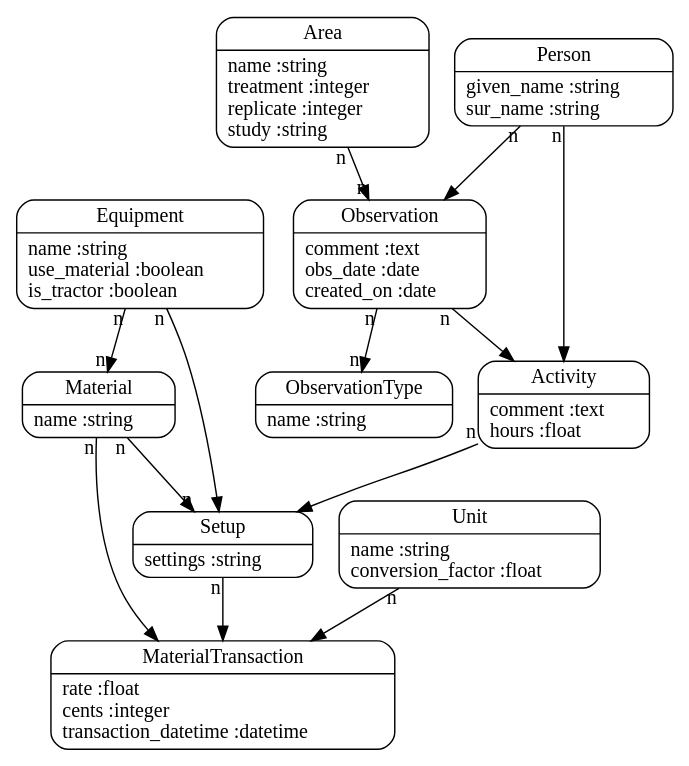
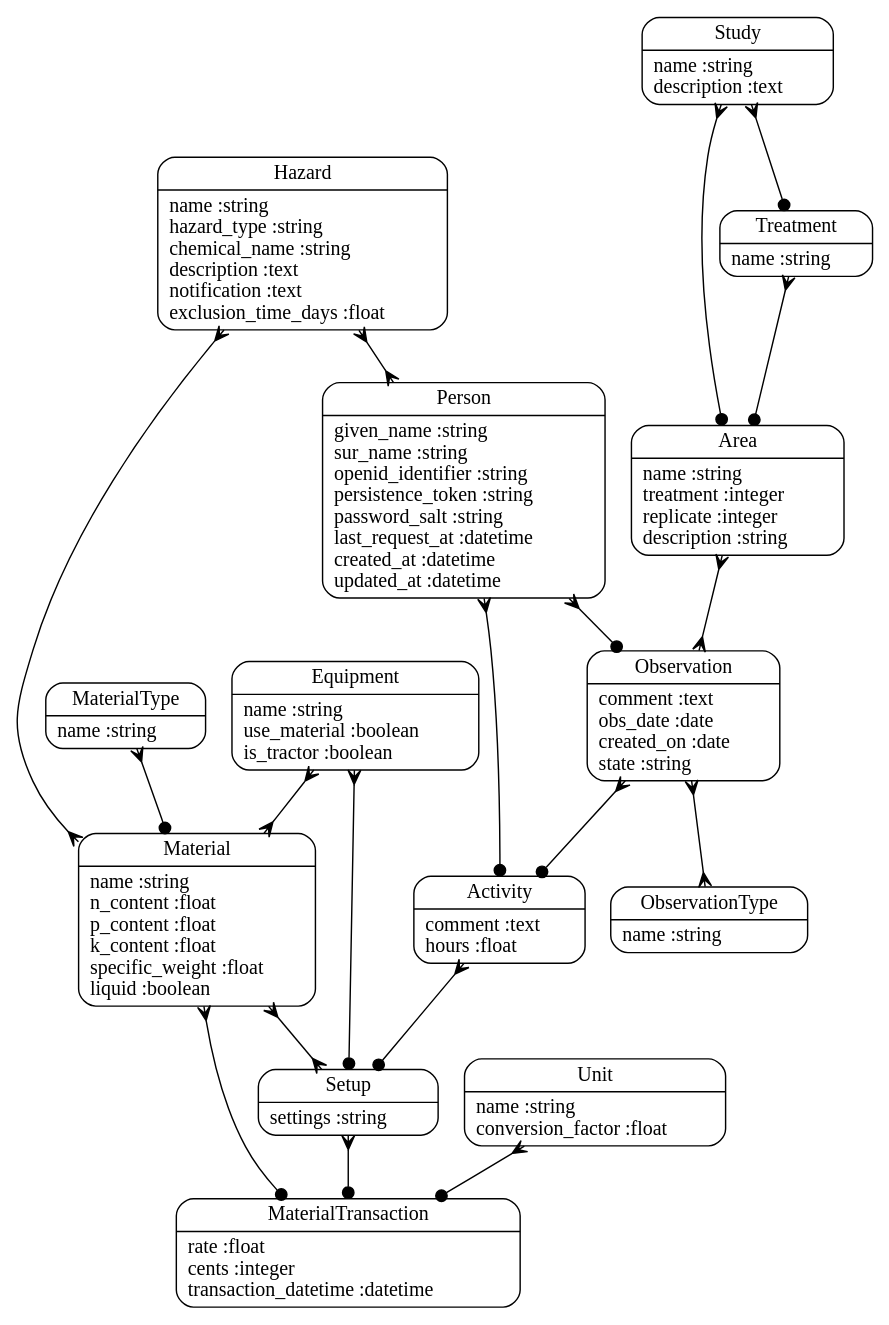
One commit to kf8a/aglog changed the diagram in doc/model.dot. Above: the diagram before and after it, drawn with Graphviz. The commit also changed 33 other files, not shown here.

```diff
--- a/doc/model.dot
+++ b/doc/model.dot
@@ -1,25 +1,35 @@
 digraph models_diagram {
 	graph[overlap=false, splines=true]
 	"Activity" [shape=Mrecord, label="{Activity|comment :text\lhours :float\l}"]
-	"Area" [shape=Mrecord, label="{Area|name :string\ltreatment :integer\lreplicate :integer\lstudy :string\l}"]
+	"Area" [shape=Mrecord, label="{Area|name :string\ltreatment :integer\lreplicate :integer\ldescription :string\l}"]
 	"Equipment" [shape=Mrecord, label="{Equipment|name :string\luse_material :boolean\lis_tractor :boolean\l}"]
-	"Material" [shape=Mrecord, label="{Material|name :string\l}"]
+	"Hazard" [shape=Mrecord, label="{Hazard|name :string\lhazard_type :string\lchemical_name :string\ldescription :text\lnotification :text\lexclusion_time_days :float\l}"]
+	"Material" [shape=Mrecord, label="{Material|name :string\ln_content :float\lp_content :float\lk_content :float\lspecific_weight :float\lliquid :boolean\l}"]
 	"MaterialTransaction" [shape=Mrecord, label="{MaterialTransaction|rate :float\lcents :integer\ltransaction_datetime :datetime\l}"]
-	"Observation" [shape=Mrecord, label="{Observation|comment :text\lobs_date :date\lcreated_on :date\l}"]
+	"MaterialType" [shape=Mrecord, label="{MaterialType|name :string\l}"]
+	"Observation" [shape=Mrecord, label="{Observation|comment :text\lobs_date :date\lcreated_on :date\lstate :string\l}"]
 	"ObservationType" [shape=Mrecord, label="{ObservationType|name :string\l}"]
-	"Person" [shape=Mrecord, label="{Person|given_name :string\lsur_name :string\l}"]
+	"Person" [shape=Mrecord, label="{Person|given_name :string\lsur_name :string\lopenid_identifier :string\lpersistence_token :string\lpassword_salt :string\llast_request_at :datetime\lcreated_at :datetime\lupdated_at :datetime\l}"]
 	"Setup" [shape=Mrecord, label="{Setup|settings :string\l}"]
+	"Study" [shape=Mrecord, label="{Study|name :string\ldescription :text\l}"]
+	"Treatment" [shape=Mrecord, label="{Treatment|name :string\l}"]
 	"Unit" [shape=Mrecord, label="{Unit|name :string\lconversion_factor :float\l}"]
-	"Activity" -> "Setup" [taillabel="n"]
-	"Area" -> "Observation" [taillabel="n", headlabel="n", arrowtail="normal"]
-	"Equipment" -> "Material" [taillabel="n", headlabel="n", arrowtail="normal"]
-	"Equipment" -> "Setup" [taillabel="n"]
-	"Material" -> "MaterialTransaction" [taillabel="n"]
-	"Material" -> "Setup" [taillabel="n", headlabel="n", arrowtail="normal"]
-	"Observation" -> "ObservationType" [taillabel="n", headlabel="n", arrowtail="normal"]
-	"Observation" -> "Activity" [taillabel="n"]
-	"Person" -> "Observation" [taillabel="n"]
-	"Person" -> "Activity" [taillabel="n"]
-	"Setup" -> "MaterialTransaction" [taillabel="n"]
-	"Unit" -> "MaterialTransaction" [taillabel="n"]
+	"Activity" -> "Setup" [arrowtail=crow, arrowhead=dot, dir=both]
+	"Area" -> "Observation" [arrowtail=crow, arrowhead=crow, dir=both]
+	"Equipment" -> "Setup" [arrowtail=crow, arrowhead=dot, dir=both]
+	"Equipment" -> "Material" [arrowtail=crow, arrowhead=crow, dir=both]
+	"Hazard" -> "Material" [arrowtail=crow, arrowhead=crow, dir=both]
+	"Hazard" -> "Person" [arrowtail=crow, arrowhead=crow, dir=both]
+	"Material" -> "MaterialTransaction" [arrowtail=crow, arrowhead=dot, dir=both]
+	"Material" -> "Setup" [arrowtail=crow, arrowhead=crow, dir=both]
+	"MaterialType" -> "Material" [arrowtail=crow, arrowhead=dot, dir=both]
+	"Observation" -> "Activity" [arrowtail=crow, arrowhead=dot, dir=both]
+	"Observation" -> "ObservationType" [arrowtail=crow, arrowhead=crow, dir=both]
+	"Person" -> "Observation" [arrowtail=crow, arrowhead=dot, dir=both]
+	"Person" -> "Activity" [arrowtail=crow, arrowhead=dot, dir=both]
+	"Setup" -> "MaterialTransaction" [arrowtail=crow, arrowhead=dot, dir=both]
+	"Study" -> "Area" [arrowtail=crow, arrowhead=dot, dir=both]
+	"Study" -> "Treatment" [arrowtail=crow, arrowhead=dot, dir=both]
+	"Treatment" -> "Area" [arrowtail=crow, arrowhead=dot, dir=both]
+	"Unit" -> "MaterialTransaction" [arrowtail=crow, arrowhead=dot, dir=both]
 }
```
